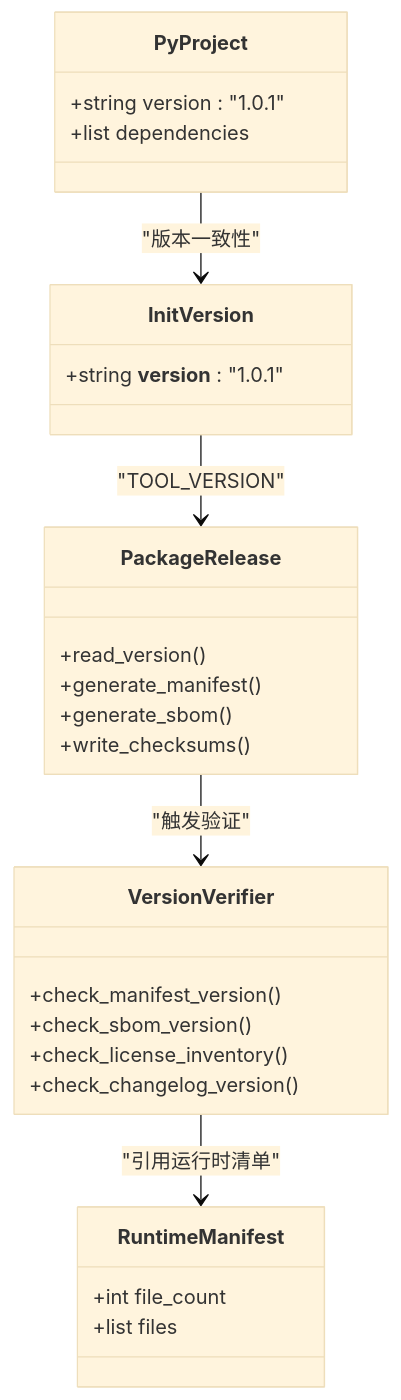
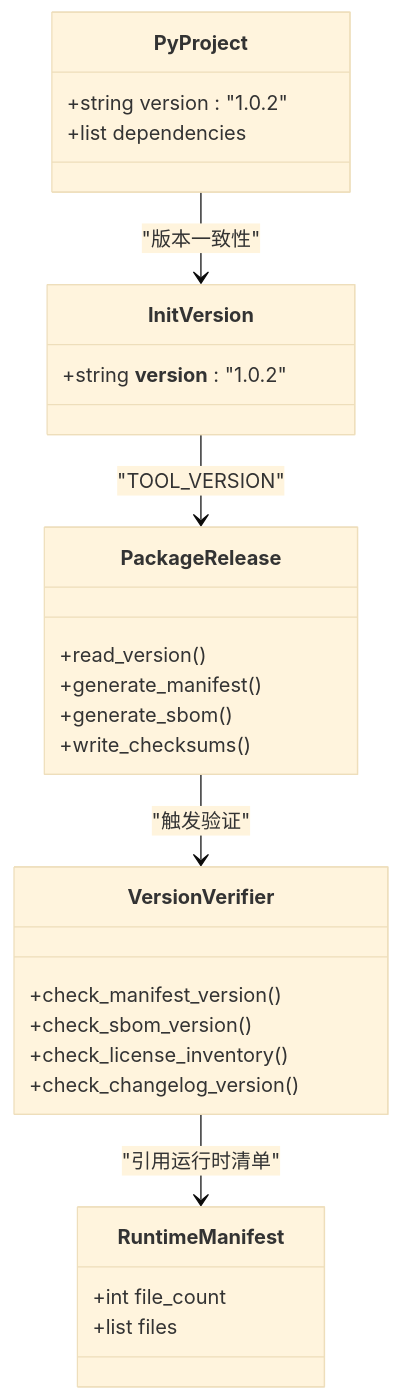
One commit to haolange/RDC-Tool changed the fourth of 5 diagrams in .qoder/repowiki/zh/content/部署和发布/版本管理.md. Above: the diagram before and after it, drawn with Mermaid (base theme). The commit also changed other lines of this file and 56 other files, not shown here.

````diff
--- a/.qoder/repowiki/zh/content/部署和发布/版本管理.md
+++ b/.qoder/repowiki/zh/content/部署和发布/版本管理.md
@@ -182,30 +189,30 @@
 ```mermaid
 classDiagram
 class PyProject {
-+string version : "1.0.1"
++string version : "1.0.2"
 +list dependencies
 }
 class InitVersion {
-+string __version__ : "1.0.1"
++string __version__ : "1.0.2"
 }
 class PackageRelease {
 +read_version()
 +generate_manifest()
 +generate_sbom()
 +write_checksums()
 }
 class VersionVerifier {
 +check_manifest_version()
 +check_sbom_version()
 +check_license_inventory()
 +check_changelog_version()
 }
 class RuntimeManifest {
 +int file_count
 +list files
 }
 PyProject --> InitVersion : "版本一致性"
 InitVersion --> PackageRelease : "TOOL_VERSION"
 PackageRelease --> VersionVerifier : "触发验证"
 VersionVerifier --> RuntimeManifest : "引用运行时清单"
 ```
````
